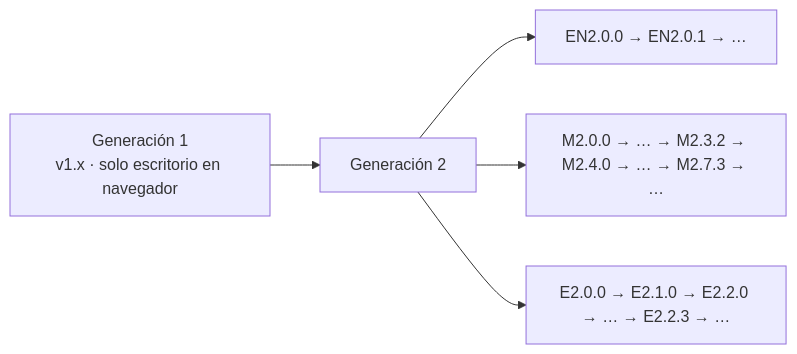
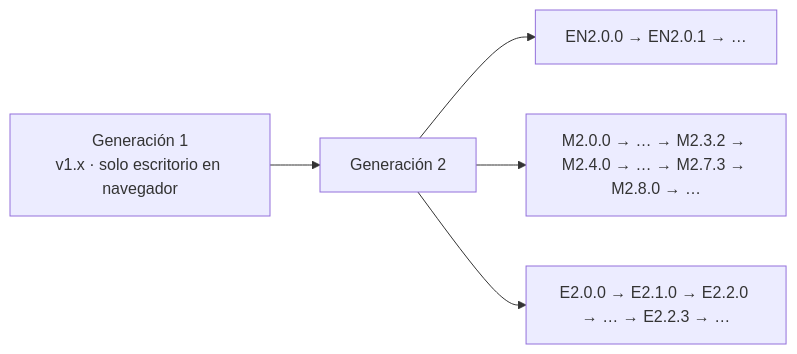
Before and after one commit to Anton-Bazh/MARC-DOC: the second of 2 diagrams in 10 Ediciones y versiones.md, drawn with Mermaid. The commit also changed other lines of this file and 15 other files, not shown here.

````diff
--- a/10 Ediciones y versiones.md
+++ b/10 Ediciones y versiones.md
@@ -71,7 +71,7 @@
 ```mermaid
 flowchart LR
     G1["Generación 1<br/>v1.x · solo escritorio en navegador"] --> G2["Generación 2"]
     G2 --> EN2["EN2.0.0 → EN2.0.1 → …"]
-    G2 --> M2["M2.0.0 → … → M2.3.2 → M2.4.0 → … → M2.7.3 → …"]
+    G2 --> M2["M2.0.0 → … → M2.3.2 → M2.4.0 → … → M2.7.3 → M2.8.0 → …"]
     G2 --> E2["E2.0.0 → E2.1.0 → E2.2.0 → … → E2.2.3 → …"]
 ```
````
